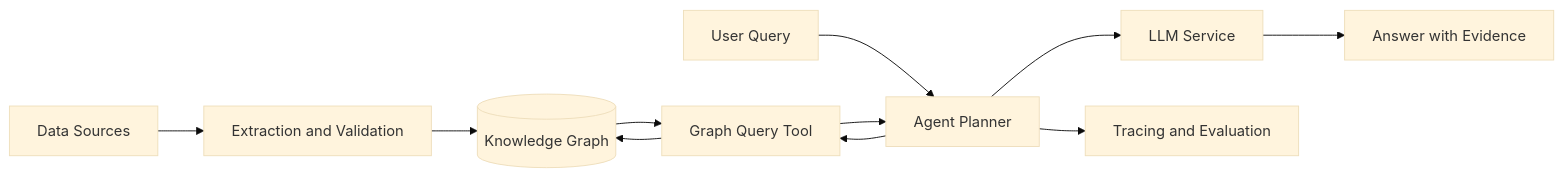
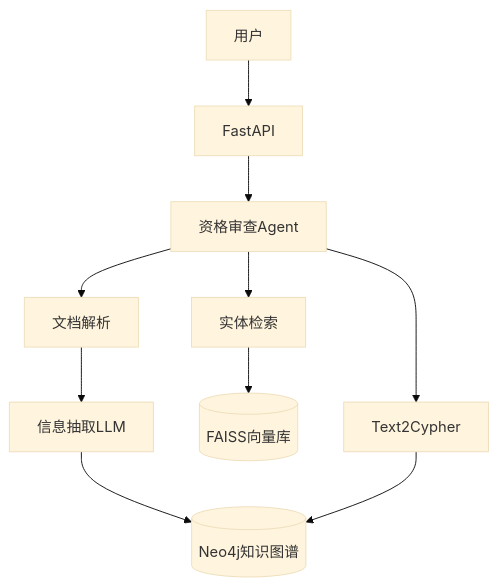
One commit to luy313412-web/luy313412-web.github.io changed the diagram in docs/projects/knowledge-graph-agent.md. Above: the diagram before and after it, drawn with Mermaid (base theme). The commit also changed other lines of this file, not shown here.

Commit message:
update knowledge graph agent documentation

````diff
--- a/docs/projects/knowledge-graph-agent.md
+++ b/docs/projects/knowledge-graph-agent.md
@@ -46,13 +62,41 @@
-```mermaid
-flowchart LR
-    A[Data Sources] --> B[Extraction and Validation]
-    B --> C[(Knowledge Graph)]
-    D[User Query] --> E[Agent Planner]
-    E --> F[Graph Query Tool]
-    F --> C
-    C --> F
-    F --> E
-    E --> G[LLM Service]
-    G --> H[Answer with Evidence]
-    E --> I[Tracing and Evaluation]
+``` mermaid
+flowchart TB
+
+User[用户]
+
+API[FastAPI]
+
+Agent[资格审查Agent]
+
+
+Parser[文档解析]
+
+LLM[信息抽取LLM]
+
+Graph[(Neo4j知识图谱)]
+
+Vector[(FAISS向量库)]
+
+Retriever[实体检索]
+
+Text2Cypher[Text2Cypher]
+
+
+User --> API
+
+API --> Agent
+
+Agent --> Parser
+
+Parser --> LLM
+
+LLM --> Graph
+
+Agent --> Retriever
+
+Retriever --> Vector
+
+Agent --> Text2Cypher
+
+Text2Cypher --> Graph
 ```
````
